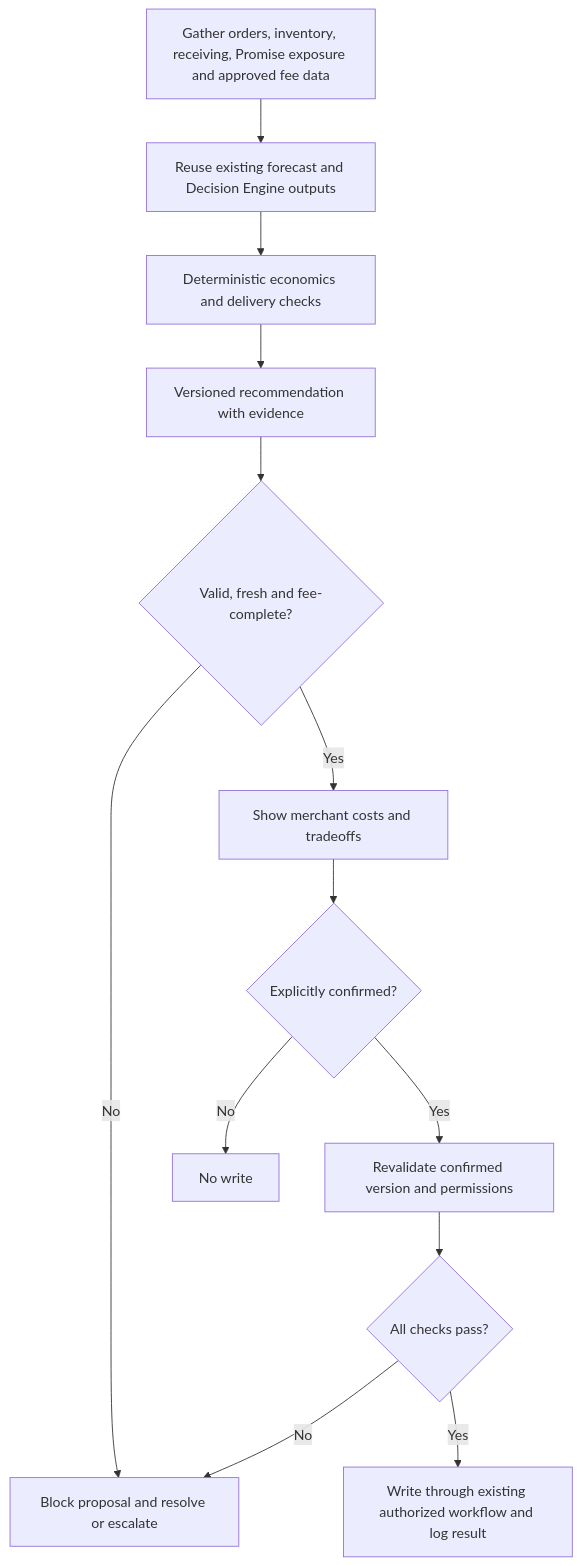
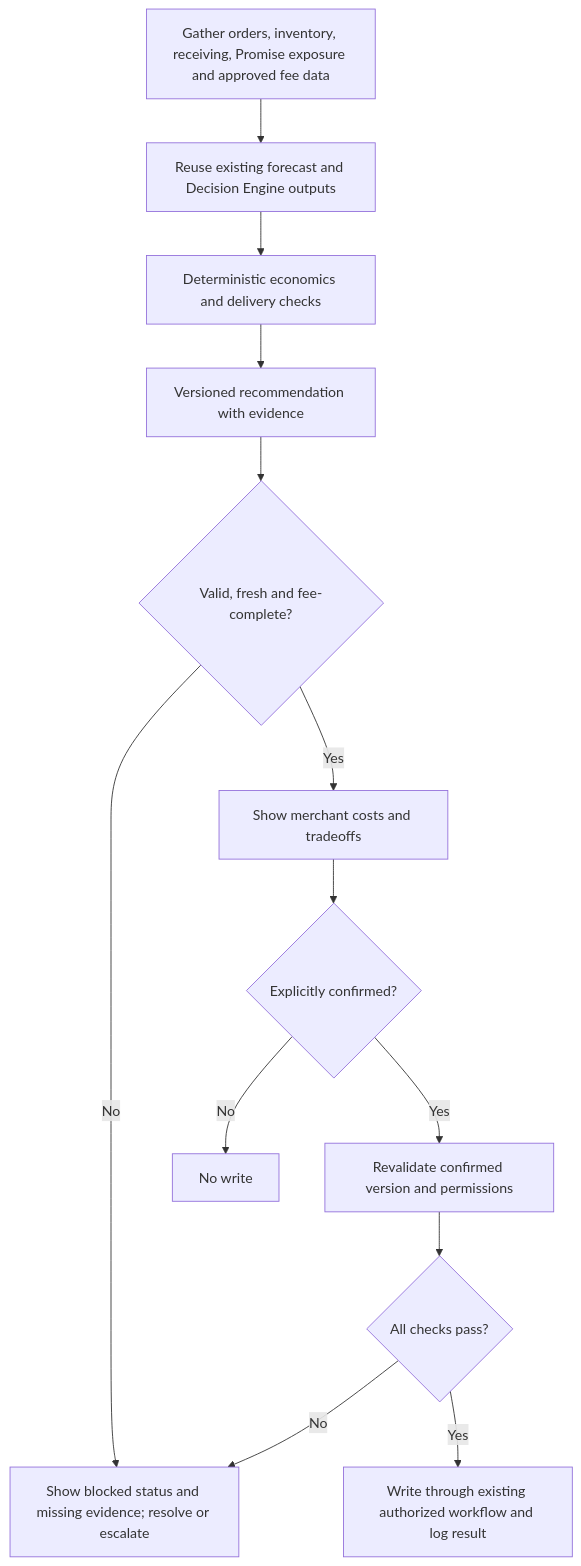
Before and after one commit to k-felipe/shipbob-io-architecture-sketch: the second of 2 diagrams in README.md, drawn with Mermaid. The commit also changed other lines of this file and 1 other file, not shown here.

````diff
--- a/README.md
+++ b/README.md
@@ -89,15 +89,15 @@
 ```mermaid
 flowchart TB
   G["Gather orders, inventory, receiving, Promise exposure and approved fee data"] --> F["Reuse existing forecast and Decision Engine outputs"]
   F --> C["Deterministic economics and delivery checks"]
   C --> R["Versioned recommendation with evidence"]
   R --> V{"Valid, fresh and fee-complete?"}
-  V -->|No| B["Block proposal and resolve or escalate"]
+  V -->|No| B["Show blocked status and missing evidence; resolve or escalate"]
   V -->|Yes| M["Show merchant costs and tradeoffs"]
   M --> A{"Explicitly confirmed?"}
   A -->|No| N["No write"]
   A -->|Yes| P["Revalidate confirmed version and permissions"]
   P --> Q{"All checks pass?"}
   Q -->|No| B
   Q -->|Yes| W["Write through existing authorized workflow and log result"]
 ```
````
